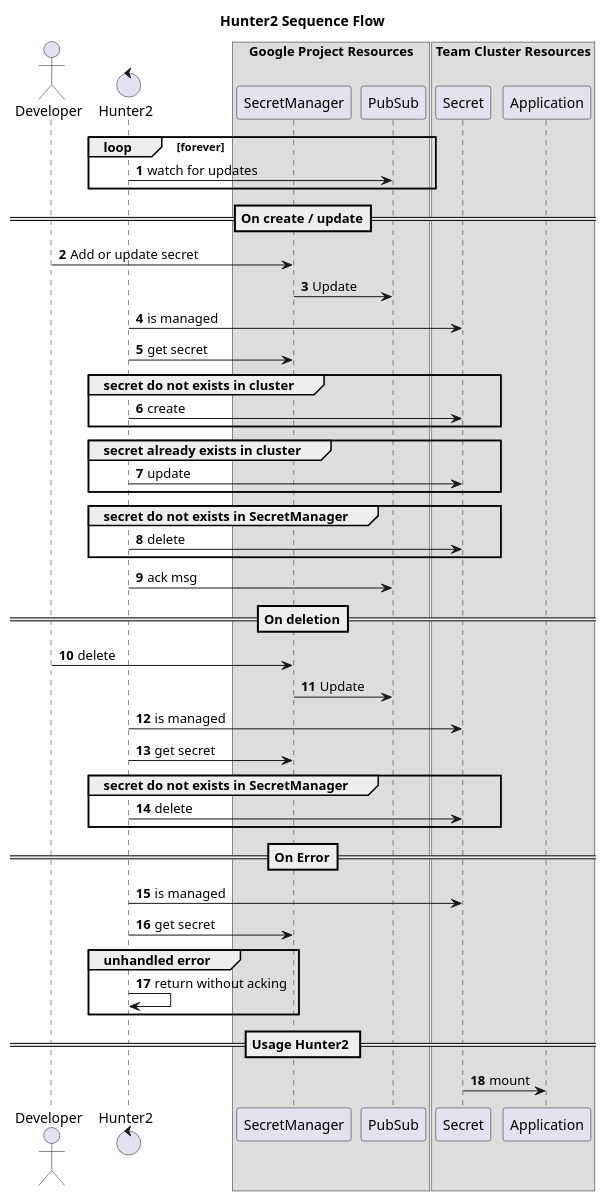
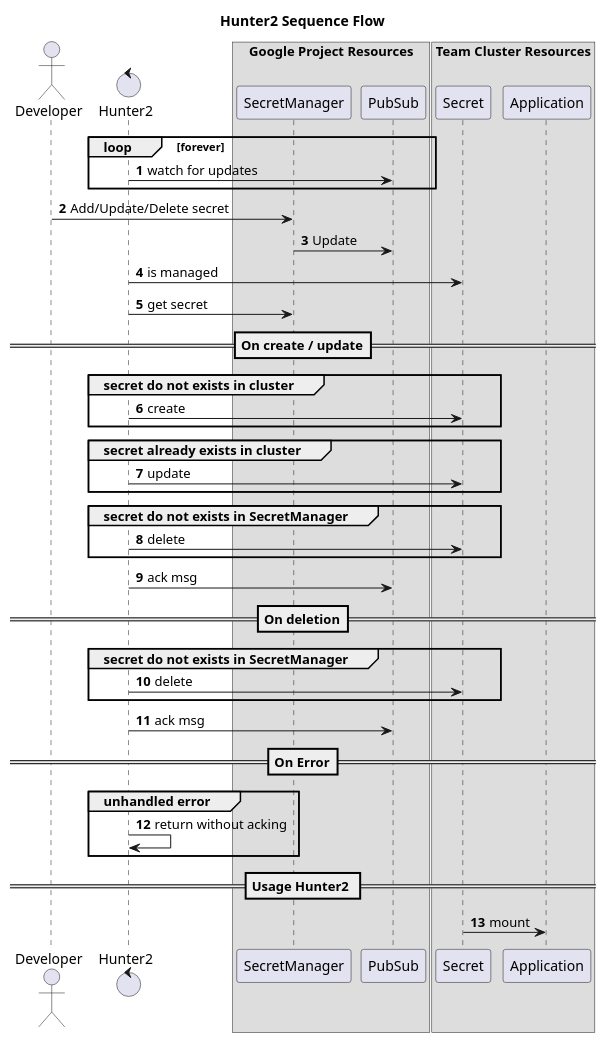
The diagram in docs/sequence.puml (nais/hunter2), drawn with PlantUML before and after one commit. The commit also changed 2 other files, not shown here.

Commit message:
fix: diagram to be more descriptive and simple.

```diff
--- a/docs/sequence.puml
+++ b/docs/sequence.puml
@@ -1,66 +1,61 @@
 @startuml component
 title Hunter2 Sequence Flow
 skinparam maxMessageSize 300
 autonumber
 
 actor developer as "Developer"
 control hunter as "Hunter2"
 
 box "Google Project Resources"
 participant SecretManager
 participant PubSub
 end box
 
 box "Team Cluster Resources"
 participant Secret
 participant Application
 end box
 
 loop forever
 	hunter -> PubSub: watch for updates
 end
 
-==On create / update==
-
-developer -> SecretManager: Add or update secret
+developer -> SecretManager: Add/Update/Delete secret
 SecretManager -> PubSub: Update
 hunter -> Secret: is managed
 hunter -> SecretManager: get secret
+
+==On create / update==
 
 group secret do not exists in cluster
     hunter -> Secret: create
 end
 
 group secret already exists in cluster
     hunter -> Secret: update
 end
 
 group secret do not exists in SecretManager
     hunter -> Secret: delete
 end
 
 hunter -> PubSub: ack msg
 
 ==On deletion==
-    developer -> SecretManager: delete
-    SecretManager -> PubSub: Update
-    hunter -> Secret: is managed
-    hunter -> SecretManager: get secret
 
 group secret do not exists in SecretManager
       hunter -> Secret: delete
 end
 
+hunter -> PubSub: ack msg
+
 ==On Error==
-hunter -> Secret: is managed
-hunter -> SecretManager: get secret
-
 group unhandled error
     hunter -> hunter: return without acking
 end
 
 == Usage Hunter2 ==
 
 Secret -> Application: mount
 
 @enduml
```
